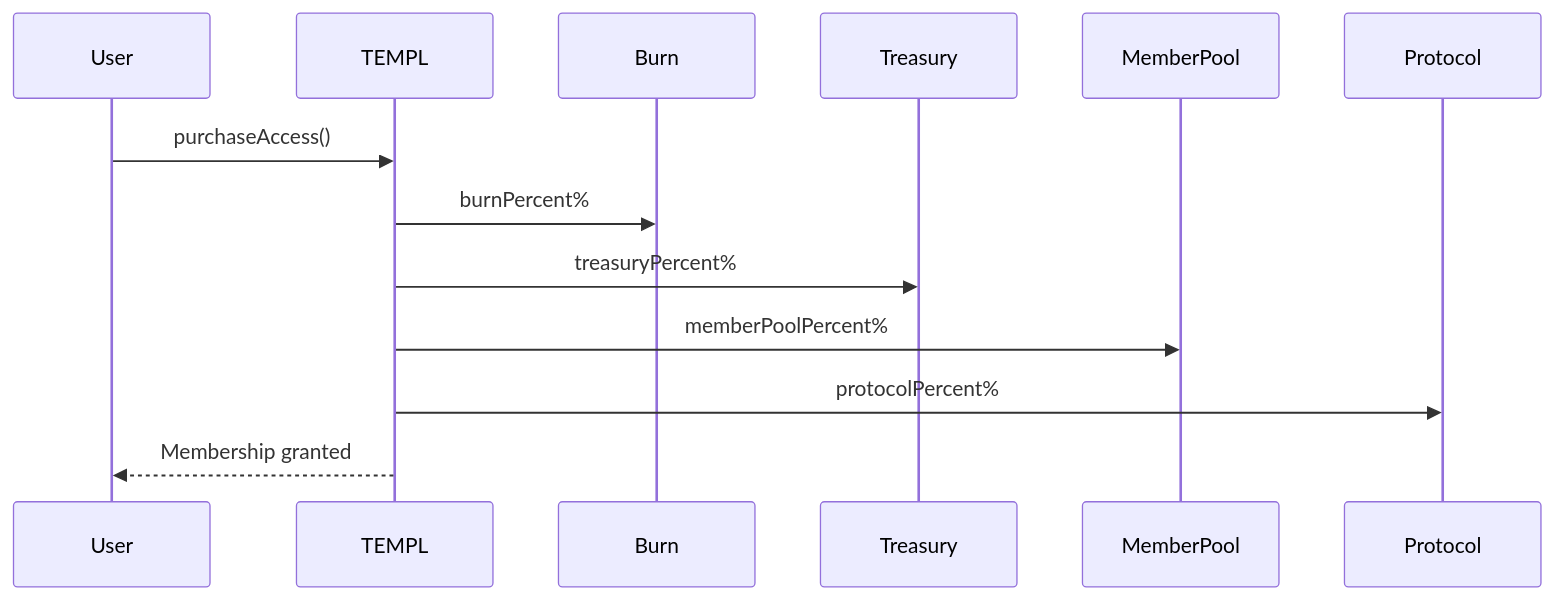
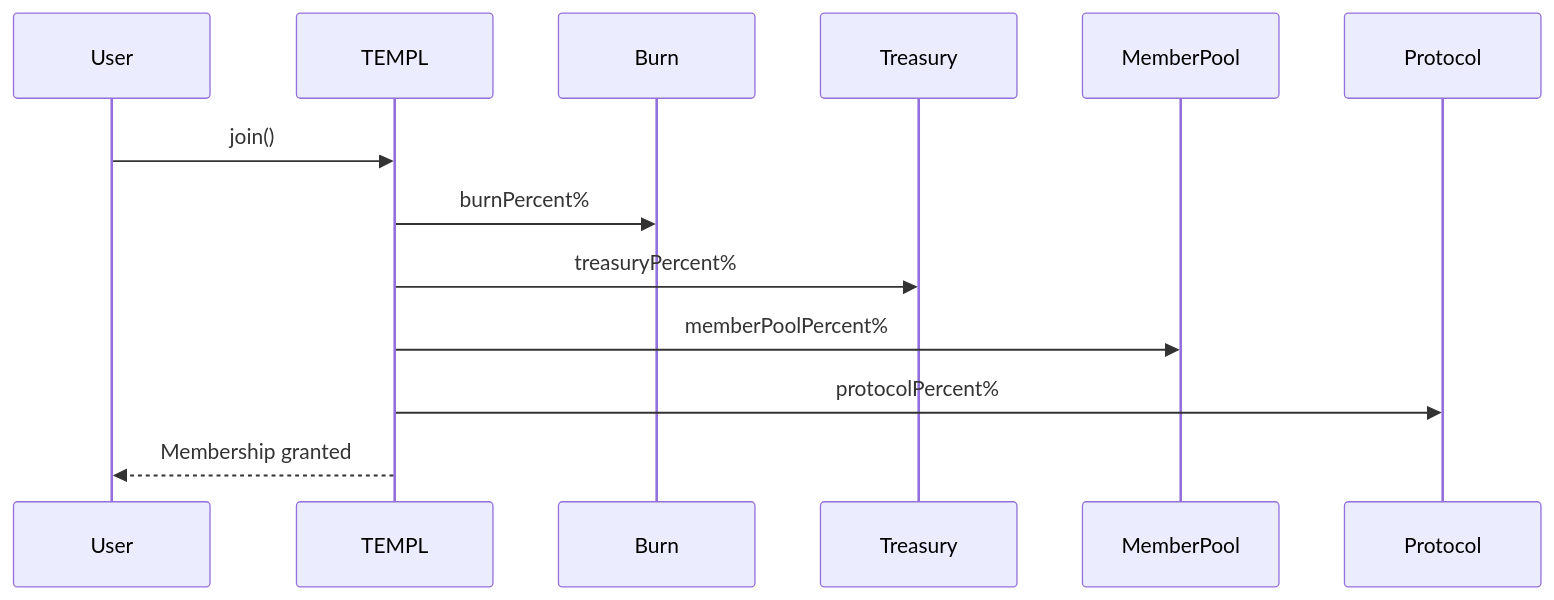
The second of 3 diagrams in docs/CONTRACTS.md (templ-fun/templ-evm-protocol), drawn with Mermaid before and after one commit. The commit also changed other lines of this file and 69 other files, not shown here.

Commit message:
refactor: rename membership flows to join terminology

````diff
--- a/docs/CONTRACTS.md
+++ b/docs/CONTRACTS.md
@@ -183,15 +183,15 @@
 ```mermaid
 sequenceDiagram
     participant User
     participant TEMPL
     participant Burn
     participant Treasury
     participant MemberPool
     participant Protocol
-    User->>TEMPL: purchaseAccess()
+    User->>TEMPL: join()
     TEMPL->>Burn: burnPercent%
     TEMPL->>Treasury: treasuryPercent%
     TEMPL->>MemberPool: memberPoolPercent%
     TEMPL->>Protocol: protocolPercent%
     TEMPL-->>User: Membership granted
 ```
````
